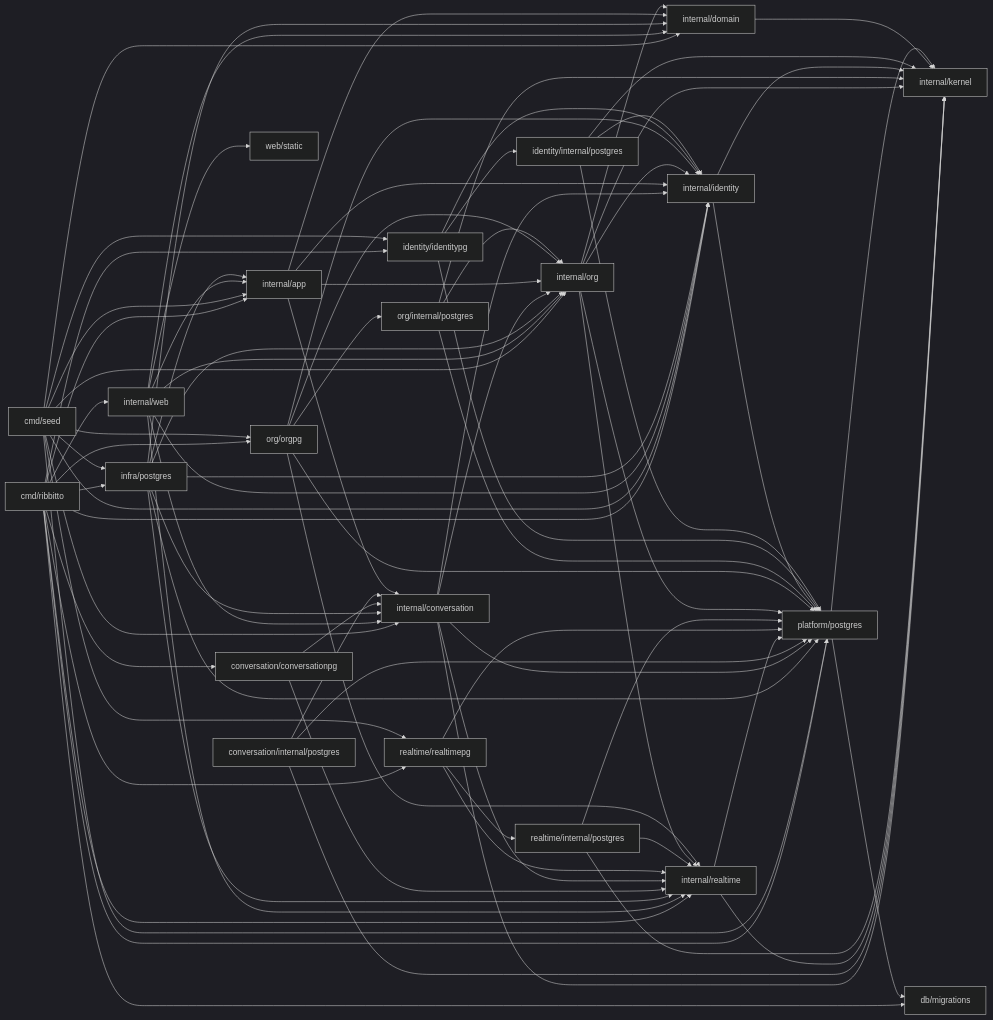
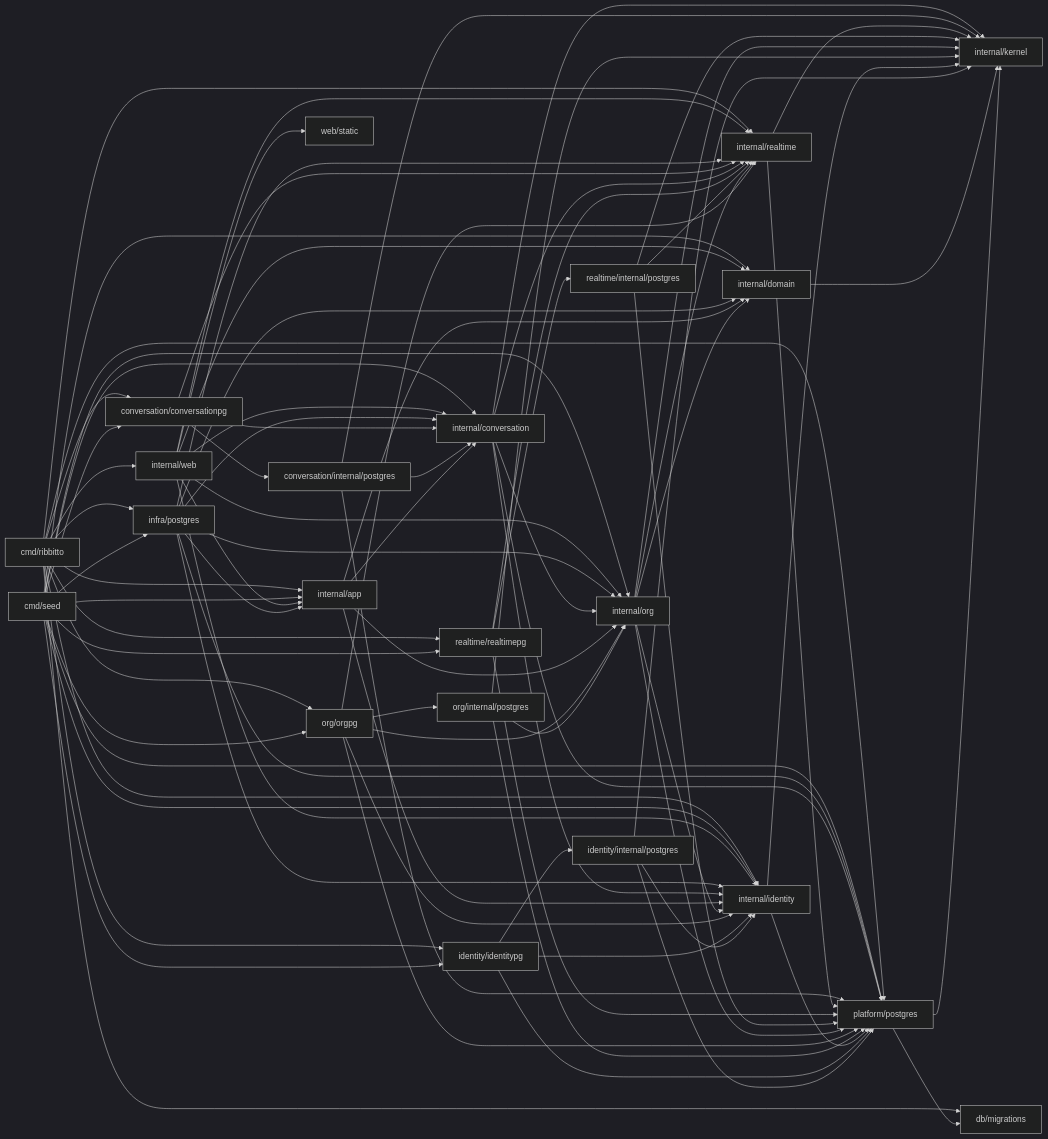
One commit to tkakkie/ribbitto changed the diagram in docs/architecture/packages.md. Above: the diagram before and after it, drawn with Mermaid (dark theme). The commit also changed other lines of this file and 17 other files, not shown here.

````diff
--- a/docs/architecture/packages.md
+++ b/docs/architecture/packages.md
@@ -67,22 +67,22 @@
 ```mermaid
 flowchart LR
   cmd[cmd/ribbitto] --> web & app & orgpg[org/orgpg] & conversationpg[conversation/conversationpg] & identity & identitypg[identity/identitypg] & realtimepg & postgres[infra/postgres] & realtime & platform[platform/postgres] & migrations[db/migrations]
-  seed[cmd/seed] --> conversation & app & org & orgpg & identity & identitypg & realtimepg & postgres & platform & domain
+  seed[cmd/seed] --> conversation & conversationpg & app & org & orgpg & identity & identitypg & realtimepg & postgres & platform & domain
   web[internal/web] --> app & org & conversation & identity & domain & realtime & static[web/static]
   postgres --> app & org & conversation & identity & domain & platform & realtime
-  conversationpg --> conversation[internal/conversation] & realtime
+  conversationpg --> conversation[internal/conversation] & cstore[conversation/internal/postgres] & realtime
   conversation --> identity & org & realtime & kernel & platform
-  cstore[conversation/internal/postgres] --> conversation & platform & kernel
+  cstore --> conversation & platform & kernel
   realtime[internal/realtime] --> kernel & platform
   realtimepg[realtime/realtimepg] --> realtime & rstore[realtime/internal/postgres] & platform
   rstore --> realtime & platform & kernel
   app[internal/app] --> org & conversation & identity & domain[internal/domain]
   org[internal/org] --> identity & realtime & domain & kernel & platform
   orgpg --> org & ostore[org/internal/postgres] & platform & identity & realtime
   ostore --> org & platform & kernel
   identity[internal/identity] --> kernel & platform
   identitypg --> identity & store[identity/internal/postgres] & platform
   store --> identity & platform & kernel
   domain --> kernel[internal/kernel]
   platform --> kernel & migrations
 ```
````
